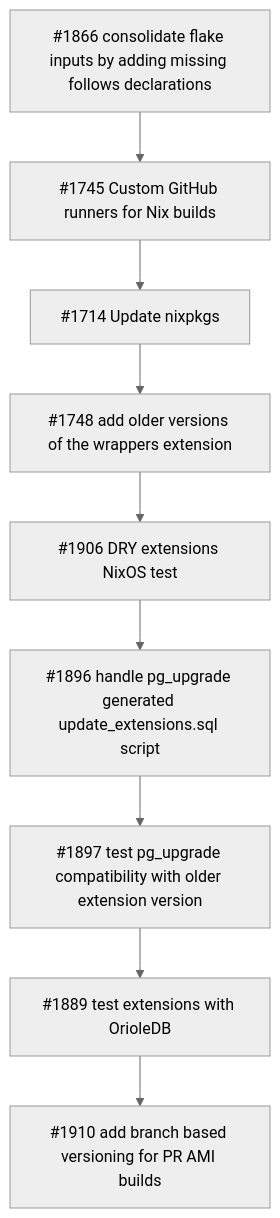
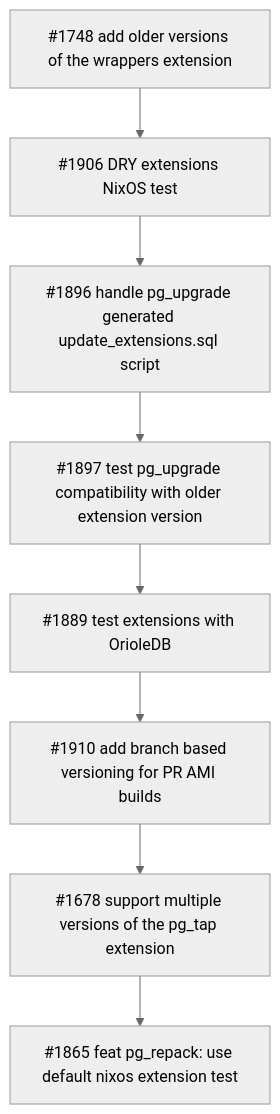
Before and after one commit to supabase/postgres: the second of 2 diagrams in nix/docs/ROADMAP.md, drawn with Mermaid (neutral theme).

Commit message:
Update ROADMAP.md with new PR references

````diff
--- a/nix/docs/ROADMAP.md
+++ b/nix/docs/ROADMAP.md
@@ -77,34 +77,30 @@
 ```mermaid
 graph TD
     %% nixpkgs update
-    1866[#1866 consolidate flake inputs by adding missing follows declarations]
-    1714[#1714 Update nixpkgs]
-
-    click 1866 "https://github.com/supabase/postgres/pull/1866" "Open PR #1866"
-    click 1714 "https://github.com/supabase/postgres/pull/1714" "Open PR #1714"
 
     %% testing
     1906[#1906 DRY extensions NixOS test]
     1896[#1896 handle pg_upgrade generated update_extensions.sql script]
     1897[#1897 test pg_upgrade compatibility with older extension version]
     1889[#1889 test extensions with OrioleDB]
+    1865[#1865 feat pg_repack: use default nixos extension test]
 
     click 1906 "https://github.com/supabase/postgres/pull/1906" "Open PR #1906"
     click 1896 "https://github.com/supabase/postgres/pull/1896" "Open PR #1896"
     click 1897 "https://github.com/supabase/postgres/pull/1897" "Open PR #1897"
     click 1889 "https://github.com/supabase/postgres/pull/1889" "Open PR #1889"
+    click 1865 "https://github.com/supabase/postgres/pull/1865" "Open PR #1865"
 
     %% multi-versions
     1748[#1748 add older versions of the wrappers extension]
+    1678[#1678 support multiple versions of the pg_tap extension]
 
     click 1748 "https://github.com/supabase/postgres/pull/1748" "Open PR #1748"
+    click 1678 "https://github.com/supabase/postgres/pull/1678" "Open PR #1678"
 
     %% gh workflow
     1910[#1910 add branch based versioning for PR AMI builds]
-    1745[#1745 Custom GitHub runners for Nix builds]
+    click 1910 "https://github.com/supabase/postgres/pull/1910" "Open PR #1910"
 
-    click 1910 "https://github.com/supabase/postgres/pull/1910" "Open PR #1910"
-    click 1745 "https://github.com/supabase/postgres/pull/1745" "Open PR #1745"
-
-    1866 --> 1745 --> 1714 --> 1748 --> 1906 --> 1896 --> 1897 --> 1889 --> 1910
+    1748 --> 1906 --> 1896 --> 1897 --> 1889 --> 1910 --> 1678 --> 1865
 ```
````
